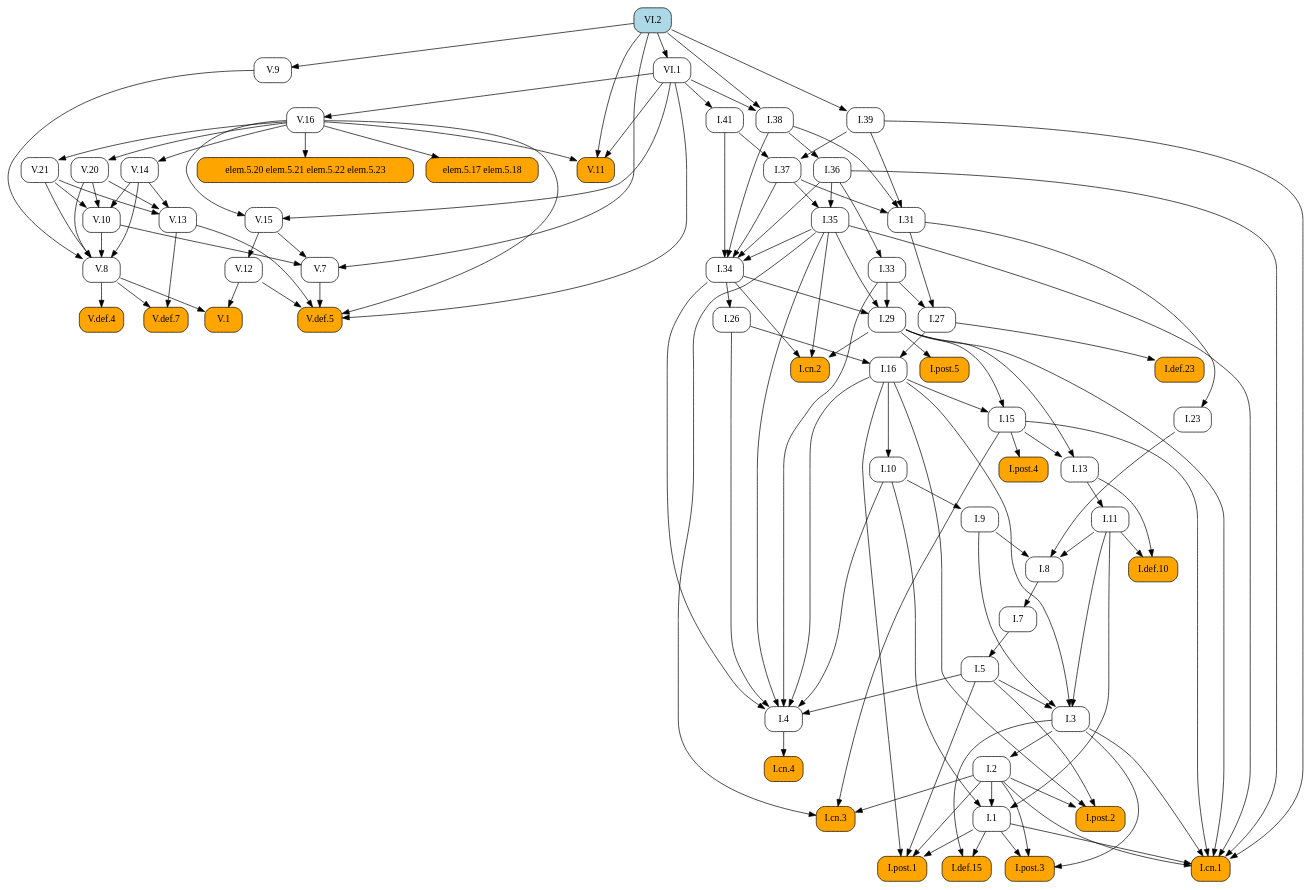
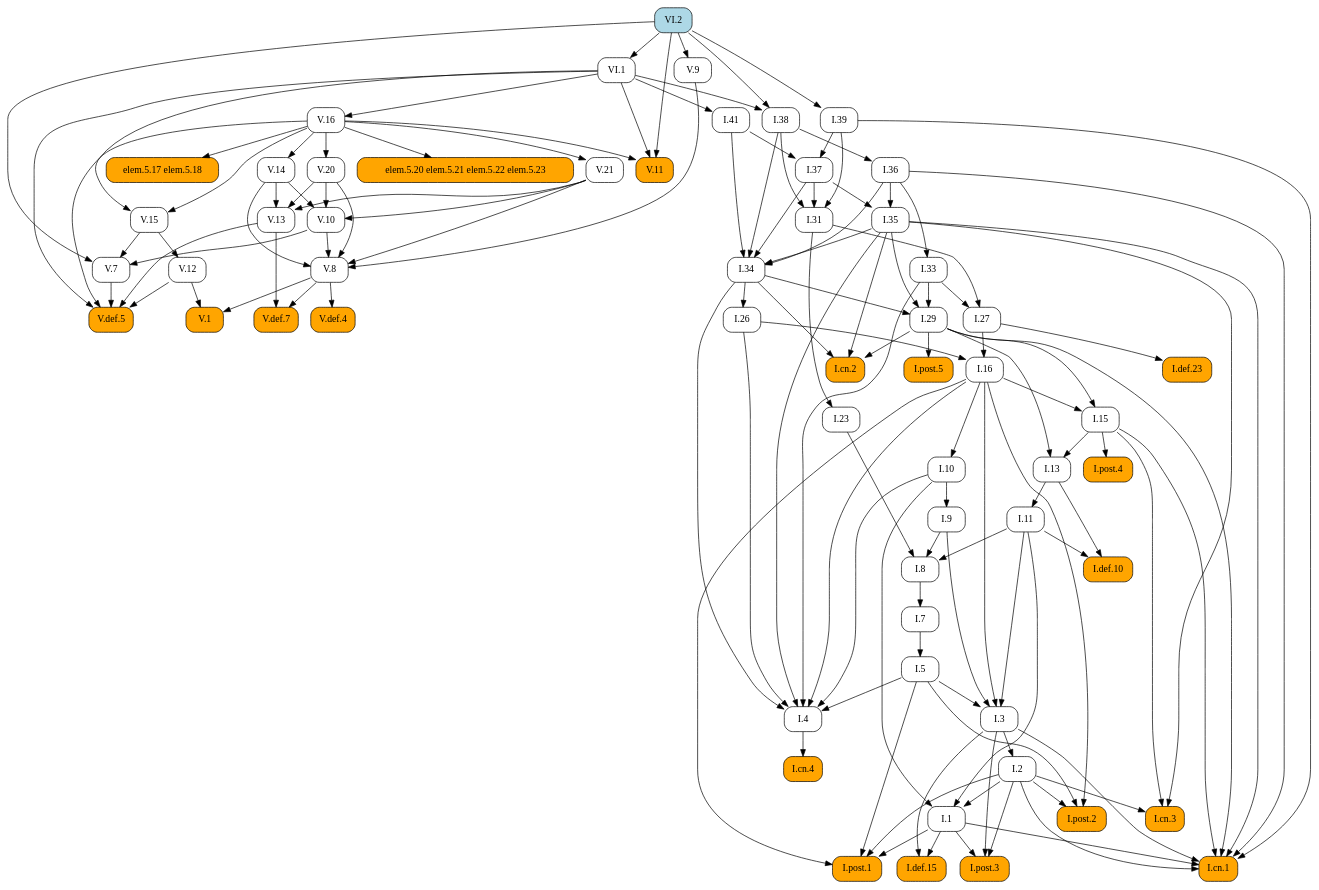
Before and after one commit to geometor/elements: the diagram in docsrc/heath/VI/2/index.rst, drawn with Graphviz. The commit also changed other lines of this file and 484 other files, not shown here.

```diff
--- a/docsrc/heath/VI/2/index.rst
+++ b/docsrc/heath/VI/2/index.rst
@@ -65,104 +65,120 @@
    digraph {
      rankdir="TB";
      node [shape=box, style=rounded];
-     "I.def.10" [style="rounded,filled", fillcolor=orange, URL="/heath/I/def.10/", target="_top"];
-     "I.11" [URL="/heath/I/11/", target="_top"];
-     "I.post.4" [style="rounded,filled", fillcolor=orange, URL="/heath/I/post.4/", target="_top"];
-     "I.1" [URL="/heath/I/1/", target="_top"];
-     "I.39" [URL="/heath/I/39/", target="_top"];
-     "I.26" [URL="/heath/I/26/", target="_top"];
+     "V.16" [URL="/heath/V/16/", target="_top"];
+     "I.23" [URL="/heath/I/23/", target="_top"];
+     "I.9" [URL="/heath/I/9/", target="_top"];
+     "I.33" [URL="/heath/I/33/", target="_top"];
+     "I.def.15" [style="rounded,filled", fillcolor=orange, URL="/heath/I/def.15/", target="_top"];
+     "V.13" [URL="/heath/V/13/", target="_top"];
+     "V.7" [URL="/heath/V/7/", target="_top"];
+     "elem.5.17 elem.5.18" [style="rounded,filled", fillcolor=orange];
+     "I.post.3" [style="rounded,filled", fillcolor=orange, URL="/heath/I/post.3/", target="_top"];
+     "I.post.1" [style="rounded,filled", fillcolor=orange, URL="/heath/I/post.1/", target="_top"];
      "V.14" [URL="/heath/V/14/", target="_top"];
      "V.def.5" [style="rounded,filled", fillcolor=orange, URL="/heath/V/def.5/", target="_top"];
+     "V.9" [URL="/heath/V/9/", target="_top"];
+     "I.31" [URL="/heath/I/31/", target="_top"];
+     "V.10" [URL="/heath/V/10/", target="_top"];
+     "I.def.10" [style="rounded,filled", fillcolor=orange, URL="/heath/I/def.10/", target="_top"];
+     "VI.1" [URL="/heath/VI/1/", target="_top"];
+     "I.27" [URL="/heath/I/27/", target="_top"];
+     "I.39" [URL="/heath/I/39/", target="_top"];
+     "V.20" [URL="/heath/V/20/", target="_top"];
+     "V.11" [style="rounded,filled", fillcolor=orange, URL="/heath/V/11/", target="_top"];
+     "I.34" [URL="/heath/I/34/", target="_top"];
+     "V.12" [URL="/heath/V/12/", target="_top"];
+     "I.3" [URL="/heath/I/3/", target="_top"];
+     "V.def.4" [style="rounded,filled", fillcolor=orange, URL="/heath/V/def.4/", target="_top"];
+     "I.35" [URL="/heath/I/35/", target="_top"];
+     "I.cn.1" [style="rounded,filled", fillcolor=orange, URL="/heath/I/cn.1/", target="_top"];
+     "V.def.7" [style="rounded,filled", fillcolor=orange, URL="/heath/V/def.7/", target="_top"];
+     "I.7" [URL="/heath/I/7/", target="_top"];
+     "V.21" [URL="/heath/V/21/", target="_top"];
+     "I.2" [URL="/heath/I/2/", target="_top"];
+     "I.36" [URL="/heath/I/36/", target="_top"];
+     "I.13" [URL="/heath/I/13/", target="_top"];
+     "I.post.4" [style="rounded,filled", fillcolor=orange, URL="/heath/I/post.4/", target="_top"];
+     "I.4" [URL="/heath/I/4/", target="_top"];
+     "I.1" [URL="/heath/I/1/", target="_top"];
+     "I.5" [URL="/heath/I/5/", target="_top"];
+     "I.37" [URL="/heath/I/37/", target="_top"];
+     "I.8" [URL="/heath/I/8/", target="_top"];
      "I.29" [URL="/heath/I/29/", target="_top"];
-     "V.12" [URL="/heath/V/12/", target="_top"];
+     "I.cn.3" [style="rounded,filled", fillcolor=orange, URL="/heath/I/cn.3/", target="_top"];
+     "I.16" [URL="/heath/I/16/", target="_top"];
+     "V.8" [URL="/heath/V/8/", target="_top"];
+     "I.38" [URL="/heath/I/38/", target="_top"];
+     "I.15" [URL="/heath/I/15/", target="_top"];
+     "V.1" [style="rounded,filled", fillcolor=orange, URL="/heath/V/1/", target="_top"];
+     "I.10" [URL="/heath/I/10/", target="_top"];
+     "I.def.23" [style="rounded,filled", fillcolor=orange, URL="/heath/I/def.23/", target="_top"];
+     "I.11" [URL="/heath/I/11/", target="_top"];
      "I.cn.2" [style="rounded,filled", fillcolor=orange, URL="/heath/I/cn.2/", target="_top"];
-     "V.20" [URL="/heath/V/20/", target="_top"];
-     "V.10" [URL="/heath/V/10/", target="_top"];
-     "V.11" [style="rounded,filled", fillcolor=orange, URL="/heath/V/11/", target="_top"];
-     "V.13" [URL="/heath/V/13/", target="_top"];
+     "I.post.5" [style="rounded,filled", fillcolor=orange, URL="/heath/I/post.5/", target="_top"];
      "VI.2" [style="rounded,filled", fillcolor=lightblue, URL="/heath/VI/2/", target="_top"];
-     "I.def.15" [style="rounded,filled", fillcolor=orange, URL="/heath/I/def.15/", target="_top"];
+     "I.cn.4" [style="rounded,filled", fillcolor=orange, URL="/heath/I/cn.4/", target="_top"];
+     "I.41" [URL="/heath/I/41/", target="_top"];
      "V.15" [URL="/heath/V/15/", target="_top"];
-     "VI.1" [URL="/heath/VI/1/", target="_top"];
-     "I.post.3" [style="rounded,filled", fillcolor=orange, URL="/heath/I/post.3/", target="_top"];
-     "I.cn.1" [style="rounded,filled", fillcolor=orange, URL="/heath/I/cn.1/", target="_top"];
-     "I.cn.3" [style="rounded,filled", fillcolor=orange, URL="/heath/I/cn.3/", target="_top"];
-     "V.7" [URL="/heath/V/7/", target="_top"];
-     "V.9" [URL="/heath/V/9/", target="_top"];
-     "V.16" [URL="/heath/V/16/", target="_top"];
-     "I.23" [URL="/heath/I/23/", target="_top"];
-     "I.post.1" [style="rounded,filled", fillcolor=orange, URL="/heath/I/post.1/", target="_top"];
-     "I.35" [URL="/heath/I/35/", target="_top"];
-     "I.36" [URL="/heath/I/36/", target="_top"];
-     "V.8" [URL="/heath/V/8/", target="_top"];
-     "I.41" [URL="/heath/I/41/", target="_top"];
-     "I.27" [URL="/heath/I/27/", target="_top"];
-     "I.37" [URL="/heath/I/37/", target="_top"];
-     "I.34" [URL="/heath/I/34/", target="_top"];
-     "I.7" [URL="/heath/I/7/", target="_top"];
-     "I.3" [URL="/heath/I/3/", target="_top"];
-     "I.2" [URL="/heath/I/2/", target="_top"];
-     "I.4" [URL="/heath/I/4/", target="_top"];
-     "I.def.23" [style="rounded,filled", fillcolor=orange, URL="/heath/I/def.23/", target="_top"];
-     "I.13" [URL="/heath/I/13/", target="_top"];
-     "I.33" [URL="/heath/I/33/", target="_top"];
-     "I.31" [URL="/heath/I/31/", target="_top"];
      "I.post.2" [style="rounded,filled", fillcolor=orange, URL="/heath/I/post.2/", target="_top"];
-     "V.1" [style="rounded,filled", fillcolor=orange, URL="/heath/V/1/", target="_top"];
-     "I.16" [URL="/heath/I/16/", target="_top"];
+     "I.26" [URL="/heath/I/26/", target="_top"];
      "elem.5.20 elem.5.21 elem.5.22 elem.5.23" [style="rounded,filled", fillcolor=orange];
-     "elem.5.17 elem.5.18" [style="rounded,filled", fillcolor=orange];
-     "I.9" [URL="/heath/I/9/", target="_top"];
-     "I.8" [URL="/heath/I/8/", target="_top"];
-     "V.def.4" [style="rounded,filled", fillcolor=orange, URL="/heath/V/def.4/", target="_top"];
-     "I.cn.4" [style="rounded,filled", fillcolor=orange, URL="/heath/I/cn.4/", target="_top"];
-     "I.15" [URL="/heath/I/15/", target="_top"];
-     "I.post.5" [style="rounded,filled", fillcolor=orange, URL="/heath/I/post.5/", target="_top"];
-     "I.38" [URL="/heath/I/38/", target="_top"];
-     "V.def.7" [style="rounded,filled", fillcolor=orange, URL="/heath/V/def.7/", target="_top"];
-     "I.10" [URL="/heath/I/10/", target="_top"];
-     "I.5" [URL="/heath/I/5/", target="_top"];
-     "V.21" [URL="/heath/V/21/", target="_top"];
-     "I.11" -> "I.def.10";
-     "I.13" -> "I.def.10";
-     "I.13" -> "I.11";
-     "I.15" -> "I.post.4";
-     "I.2" -> "I.1";
-     "I.10" -> "I.1";
-     "I.11" -> "I.1";
-     "VI.2" -> "I.39";
-     "I.34" -> "I.26";
+     "VI.1" -> "V.16";
+     "I.31" -> "I.23";
+     "I.10" -> "I.9";
+     "I.36" -> "I.33";
+     "I.1" -> "I.def.15";
+     "I.3" -> "I.def.15";
+     "V.14" -> "V.13";
+     "V.20" -> "V.13";
+     "V.21" -> "V.13";
+     "V.10" -> "V.7";
+     "V.15" -> "V.7";
+     "VI.2" -> "V.7";
+     "V.16" -> "elem.5.17 elem.5.18";
+     "I.1" -> "I.post.3";
+     "I.2" -> "I.post.3";
+     "I.3" -> "I.post.3";
+     "I.1" -> "I.post.1";
+     "I.2" -> "I.post.1";
+     "I.5" -> "I.post.1";
+     "I.16" -> "I.post.1";
      "V.16" -> "V.14";
      "V.7" -> "V.def.5";
      "V.12" -> "V.def.5";
      "V.13" -> "V.def.5";
      "V.16" -> "V.def.5";
      "VI.1" -> "V.def.5";
-     "I.33" -> "I.29";
-     "I.34" -> "I.29";
-     "I.35" -> "I.29";
-     "V.15" -> "V.12";
-     "I.29" -> "I.cn.2";
-     "I.34" -> "I.cn.2";
-     "I.35" -> "I.cn.2";
-     "V.16" -> "V.20";
+     "VI.2" -> "V.9";
+     "I.37" -> "I.31";
+     "I.38" -> "I.31";
+     "I.39" -> "I.31";
      "V.14" -> "V.10";
      "V.20" -> "V.10";
      "V.21" -> "V.10";
+     "I.11" -> "I.def.10";
+     "I.13" -> "I.def.10";
+     "VI.2" -> "VI.1";
+     "I.31" -> "I.27";
+     "I.33" -> "I.27";
+     "VI.2" -> "I.39";
+     "V.16" -> "V.20";
      "V.16" -> "V.11";
      "VI.1" -> "V.11";
      "VI.2" -> "V.11";
-     "V.14" -> "V.13";
-     "V.20" -> "V.13";
-     "V.21" -> "V.13";
-     "I.1" -> "I.def.15";
-     "I.3" -> "I.def.15";
-     "V.16" -> "V.15";
-     "VI.1" -> "V.15";
-     "VI.2" -> "VI.1";
-     "I.1" -> "I.post.3";
-     "I.2" -> "I.post.3";
-     "I.3" -> "I.post.3";
+     "I.35" -> "I.34";
+     "I.36" -> "I.34";
+     "I.37" -> "I.34";
+     "I.38" -> "I.34";
+     "I.41" -> "I.34";
+     "V.15" -> "V.12";
+     "I.5" -> "I.3";
+     "I.9" -> "I.3";
+     "I.11" -> "I.3";
+     "I.16" -> "I.3";
+     "V.8" -> "V.def.4";
+     "I.36" -> "I.35";
+     "I.37" -> "I.35";
      "I.1" -> "I.cn.1";
      "I.2" -> "I.cn.1";
      "I.3" -> "I.cn.1";
@@ -171,43 +187,15 @@
      "I.35" -> "I.cn.1";
      "I.36" -> "I.cn.1";
      "I.39" -> "I.cn.1";
-     "I.2" -> "I.cn.3";
-     "I.15" -> "I.cn.3";
-     "I.35" -> "I.cn.3";
-     "V.10" -> "V.7";
-     "V.15" -> "V.7";
-     "VI.2" -> "V.7";
-     "VI.2" -> "V.9";
-     "VI.1" -> "V.16";
-     "I.31" -> "I.23";
-     "I.1" -> "I.post.1";
-     "I.2" -> "I.post.1";
-     "I.5" -> "I.post.1";
-     "I.16" -> "I.post.1";
-     "I.36" -> "I.35";
-     "I.37" -> "I.35";
+     "V.8" -> "V.def.7";
+     "V.13" -> "V.def.7";
+     "I.8" -> "I.7";
+     "V.16" -> "V.21";
+     "I.3" -> "I.2";
      "I.38" -> "I.36";
-     "V.9" -> "V.8";
-     "V.10" -> "V.8";
-     "V.14" -> "V.8";
-     "V.20" -> "V.8";
-     "V.21" -> "V.8";
-     "VI.1" -> "I.41";
-     "I.31" -> "I.27";
-     "I.33" -> "I.27";
-     "I.39" -> "I.37";
-     "I.41" -> "I.37";
-     "I.35" -> "I.34";
-     "I.36" -> "I.34";
-     "I.37" -> "I.34";
-     "I.38" -> "I.34";
-     "I.41" -> "I.34";
-     "I.8" -> "I.7";
-     "I.5" -> "I.3";
-     "I.9" -> "I.3";
-     "I.11" -> "I.3";
-     "I.16" -> "I.3";
-     "I.3" -> "I.2";
+     "I.15" -> "I.13";
+     "I.29" -> "I.13";
+     "I.15" -> "I.post.4";
      "I.5" -> "I.4";
      "I.10" -> "I.4";
      "I.16" -> "I.4";
@@ -215,36 +203,48 @@
      "I.33" -> "I.4";
      "I.34" -> "I.4";
      "I.35" -> "I.4";
+     "I.2" -> "I.1";
+     "I.10" -> "I.1";
+     "I.11" -> "I.1";
+     "I.7" -> "I.5";
+     "I.39" -> "I.37";
+     "I.41" -> "I.37";
+     "I.9" -> "I.8";
+     "I.11" -> "I.8";
+     "I.23" -> "I.8";
+     "I.33" -> "I.29";
+     "I.34" -> "I.29";
+     "I.35" -> "I.29";
+     "I.2" -> "I.cn.3";
+     "I.15" -> "I.cn.3";
+     "I.35" -> "I.cn.3";
+     "I.26" -> "I.16";
+     "I.27" -> "I.16";
+     "V.9" -> "V.8";
+     "V.10" -> "V.8";
+     "V.14" -> "V.8";
+     "V.20" -> "V.8";
+     "V.21" -> "V.8";
+     "VI.1" -> "I.38";
+     "VI.2" -> "I.38";
+     "I.16" -> "I.15";
+     "I.29" -> "I.15";
+     "V.8" -> "V.1";
+     "V.12" -> "V.1";
+     "I.16" -> "I.10";
      "I.27" -> "I.def.23";
-     "I.15" -> "I.13";
-     "I.29" -> "I.13";
-     "I.36" -> "I.33";
-     "I.37" -> "I.31";
-     "I.38" -> "I.31";
-     "I.39" -> "I.31";
+     "I.13" -> "I.11";
+     "I.29" -> "I.cn.2";
+     "I.34" -> "I.cn.2";
+     "I.35" -> "I.cn.2";
+     "I.29" -> "I.post.5";
+     "I.4" -> "I.cn.4";
+     "VI.1" -> "I.41";
+     "V.16" -> "V.15";
+     "VI.1" -> "V.15";
      "I.2" -> "I.post.2";
      "I.5" -> "I.post.2";
      "I.16" -> "I.post.2";
-     "V.8" -> "V.1";
-     "V.12" -> "V.1";
-     "I.26" -> "I.16";
-     "I.27" -> "I.16";
+     "I.34" -> "I.26";
      "V.16" -> "elem.5.20 elem.5.21 elem.5.22 elem.5.23";
-     "V.16" -> "elem.5.17 elem.5.18";
-     "I.10" -> "I.9";
-     "I.9" -> "I.8";
-     "I.11" -> "I.8";
-     "I.23" -> "I.8";
-     "V.8" -> "V.def.4";
-     "I.4" -> "I.cn.4";
-     "I.16" -> "I.15";
-     "I.29" -> "I.15";
-     "I.29" -> "I.post.5";
-     "VI.1" -> "I.38";
-     "VI.2" -> "I.38";
-     "V.8" -> "V.def.7";
-     "V.13" -> "V.def.7";
-     "I.16" -> "I.10";
-     "I.7" -> "I.5";
-     "V.16" -> "V.21";
    }
```
